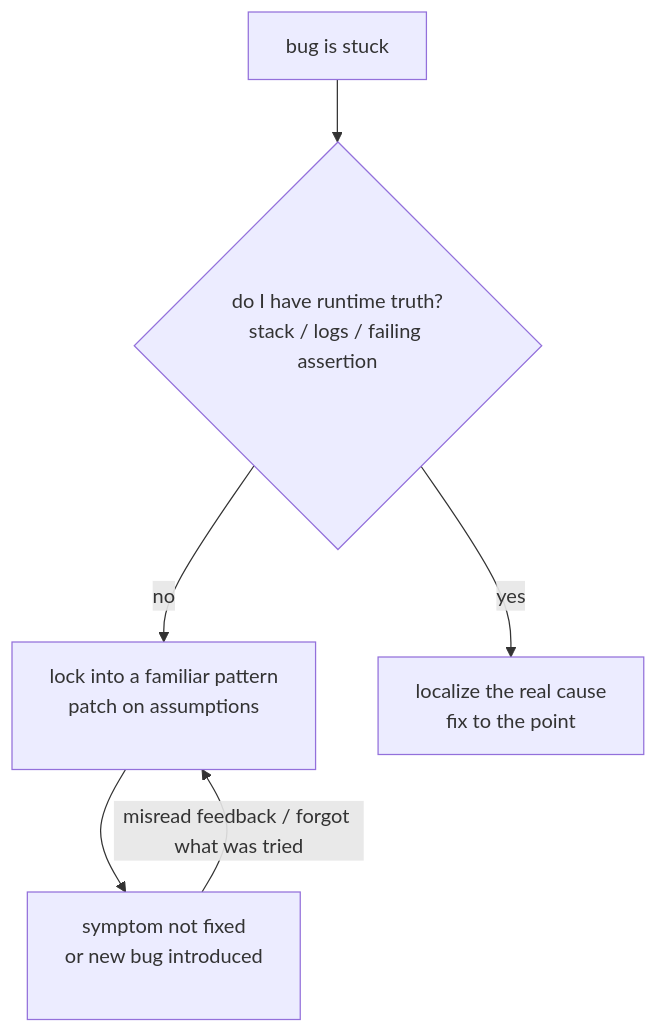
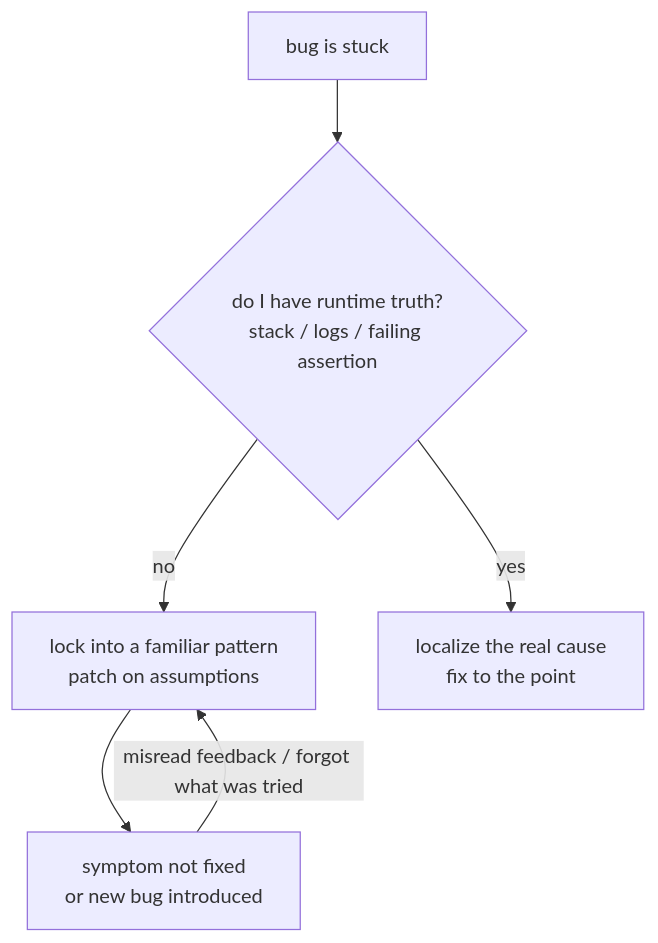
One commit to XuebinMa/AIWiki changed the diagram in i18n/en/docusaurus-plugin-content-docs/current/05-implementation/degenerative-debugging-loops.mdx. Above: the diagram before and after it, drawn with Mermaid. The commit also changed 99 other files, not shown here.

First line of the commit message:
fix(mermaid): 全局根治节点文字裁切（htmlLabels:false + 清理 br/nbsp 占位）(#26)

````diff
--- a/i18n/en/docusaurus-plugin-content-docs/current/05-implementation/degenerative-debugging-loops.mdx
+++ b/i18n/en/docusaurus-plugin-content-docs/current/05-implementation/degenerative-debugging-loops.mdx
@@ -39,8 +39,8 @@
 ```mermaid
 flowchart TD
-    A["bug is stuck"] --> B{"do I have runtime truth?<br/>stack / logs / failing assertion<br/>&nbsp;"}
-    B -- no --> C["lock into a familiar pattern<br/>patch on assumptions<br/>&nbsp;"]
-    C --> D["symptom not fixed<br/>or new bug introduced<br/>&nbsp;"]
+    A["bug is stuck"] --> B{"do I have runtime truth?<br/>stack / logs / failing assertion"}
+    B -- no --> C["lock into a familiar pattern<br/>patch on assumptions"]
+    C --> D["symptom not fixed<br/>or new bug introduced"]
     D -- misread feedback / forgot what was tried --> C
     B -- yes --> E["localize the real cause<br/>fix to the point"]
 ```
````
